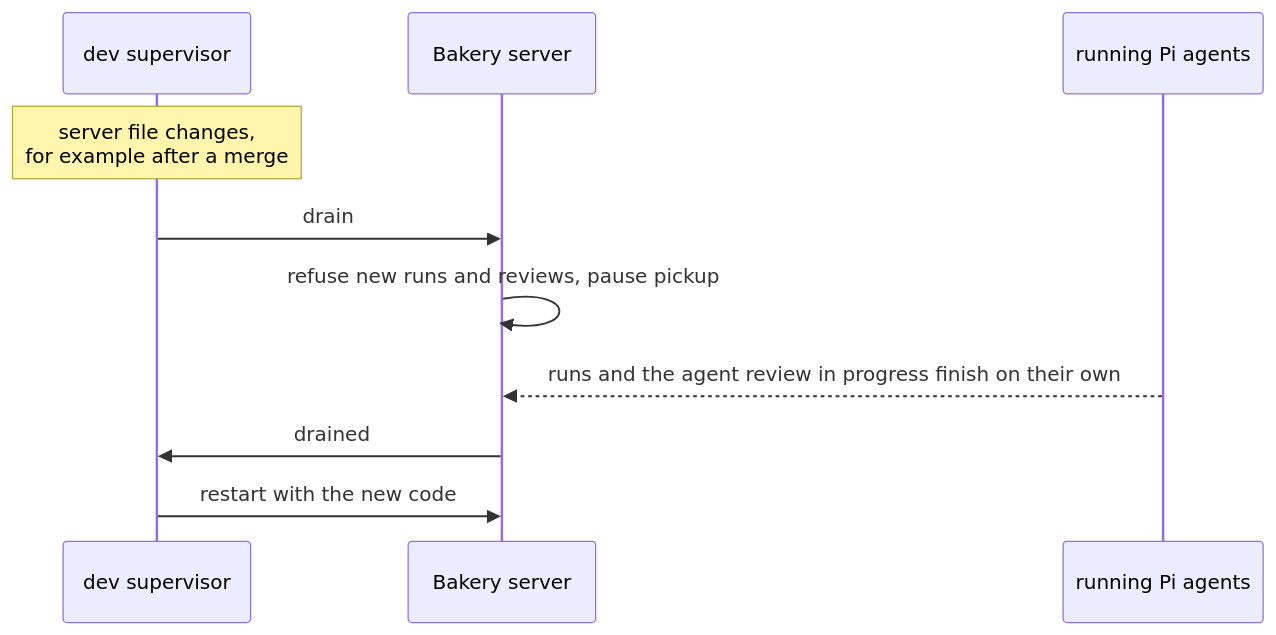
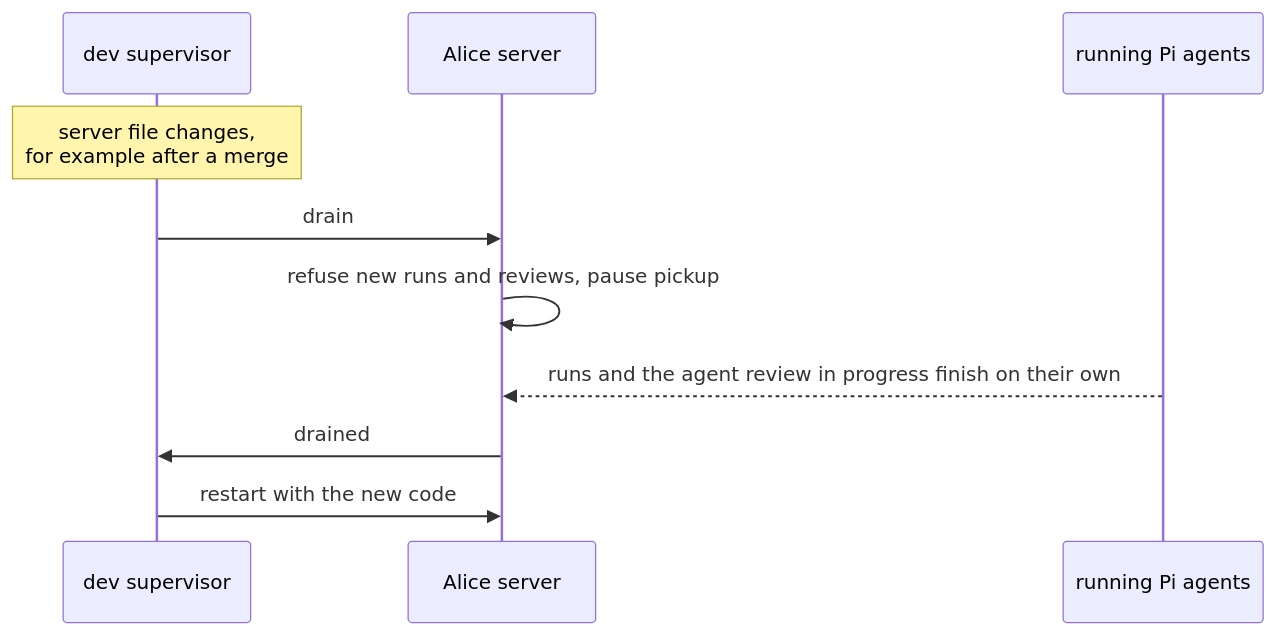
The fifth of 5 diagrams in docs/reference.md (aglowinthefield/alice), drawn with Mermaid before and after one commit. The commit also changed other lines of this file and 9 other files, not shown here.

First line of the commit message:
Rename Bakery to Alice in the docs

````diff
--- a/docs/reference.md
+++ b/docs/reference.md
@@ -418,12 +418,12 @@
 ```mermaid
 sequenceDiagram
   participant S as dev supervisor
-  participant B as Bakery server
+  participant B as Alice server
   participant P as running Pi agents
   Note over S: server file changes,<br/>for example after a merge
   S->>B: drain
   B->>B: refuse new runs and reviews, pause pickup
   P-->>B: runs and the agent review in progress finish on their own
   B->>S: drained
   S->>B: restart with the new code
 ```
````
